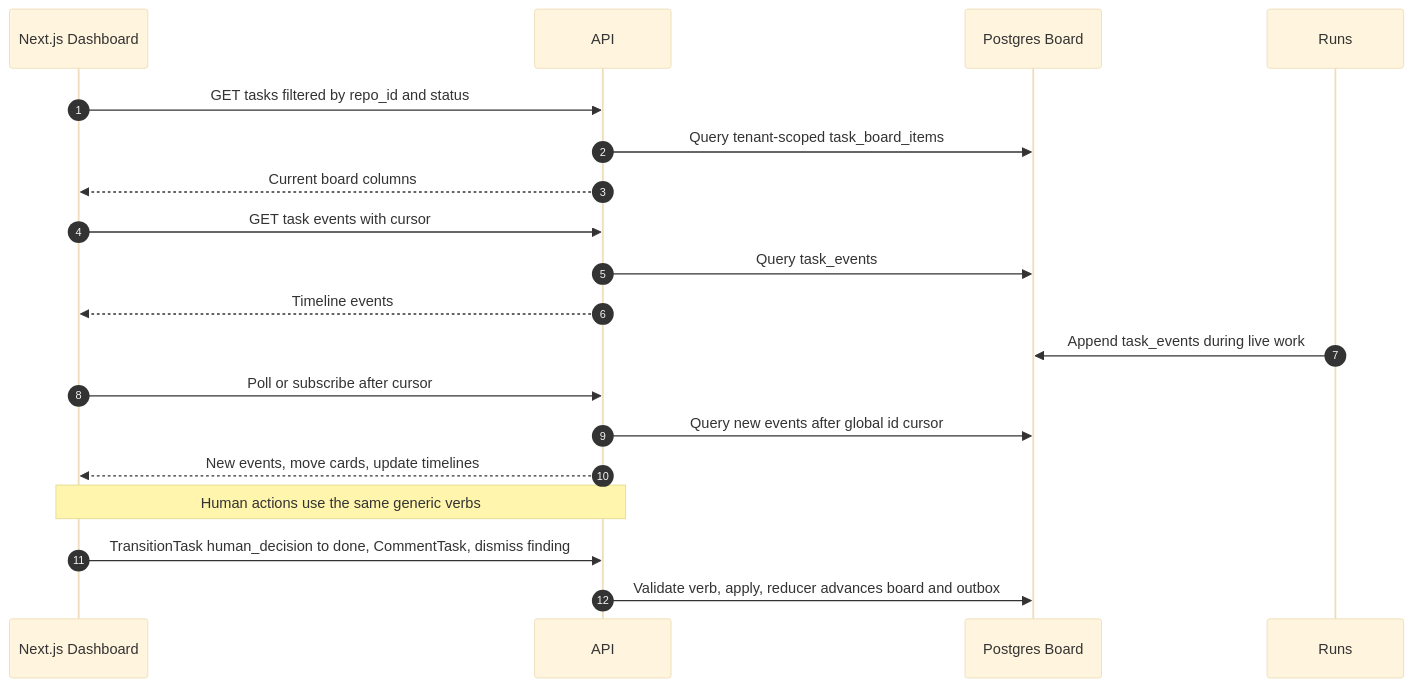
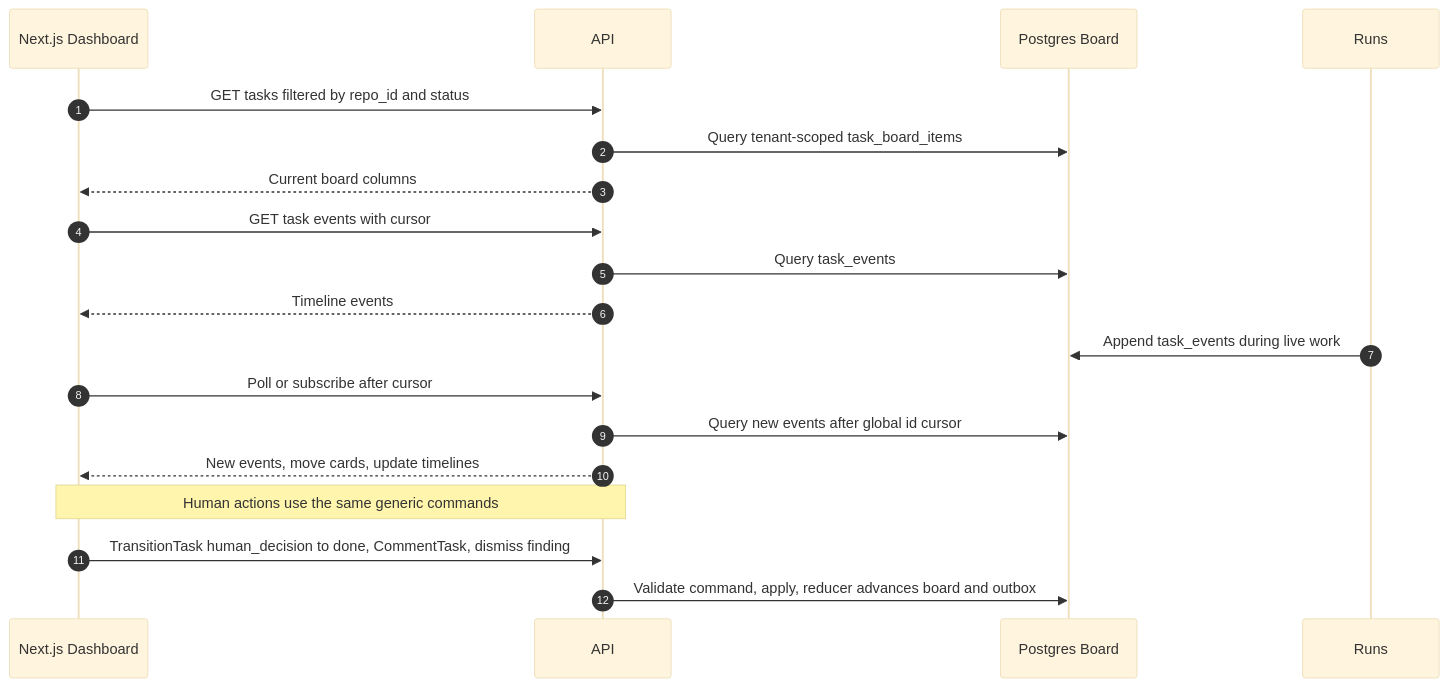
The ninth of 9 diagrams in docs/SEQUENCE_DIAGRAM.md (keon/jina-context-wiki-e2e-20260808), drawn with Mermaid (base theme) before and after one commit. The commit also changed other lines of this file and 61 other files, not shown here.

````diff
--- a/docs/SEQUENCE_DIAGRAM.md
+++ b/docs/SEQUENCE_DIAGRAM.md
@@ -274,21 +276,21 @@
 ```mermaid
 sequenceDiagram
     autonumber
     participant UI as Next.js Dashboard
     participant API
     participant Board as Postgres Board
     participant Run as Runs
     UI->>API: GET tasks filtered by repo_id and status
     API->>Board: Query tenant-scoped task_board_items
     API-->>UI: Current board columns
     UI->>API: GET task events with cursor
     API->>Board: Query task_events
     API-->>UI: Timeline events
     Run->>Board: Append task_events during live work
     UI->>API: Poll or subscribe after cursor
     API->>Board: Query new events after global id cursor
     API-->>UI: New events, move cards, update timelines
-    note over UI,API: Human actions use the same generic verbs
+    note over UI,API: Human actions use the same generic commands
     UI->>API: TransitionTask human_decision to done, CommentTask, dismiss finding
-    API->>Board: Validate verb, apply, reducer advances board and outbox
+    API->>Board: Validate command, apply, reducer advances board and outbox
 ```
````
